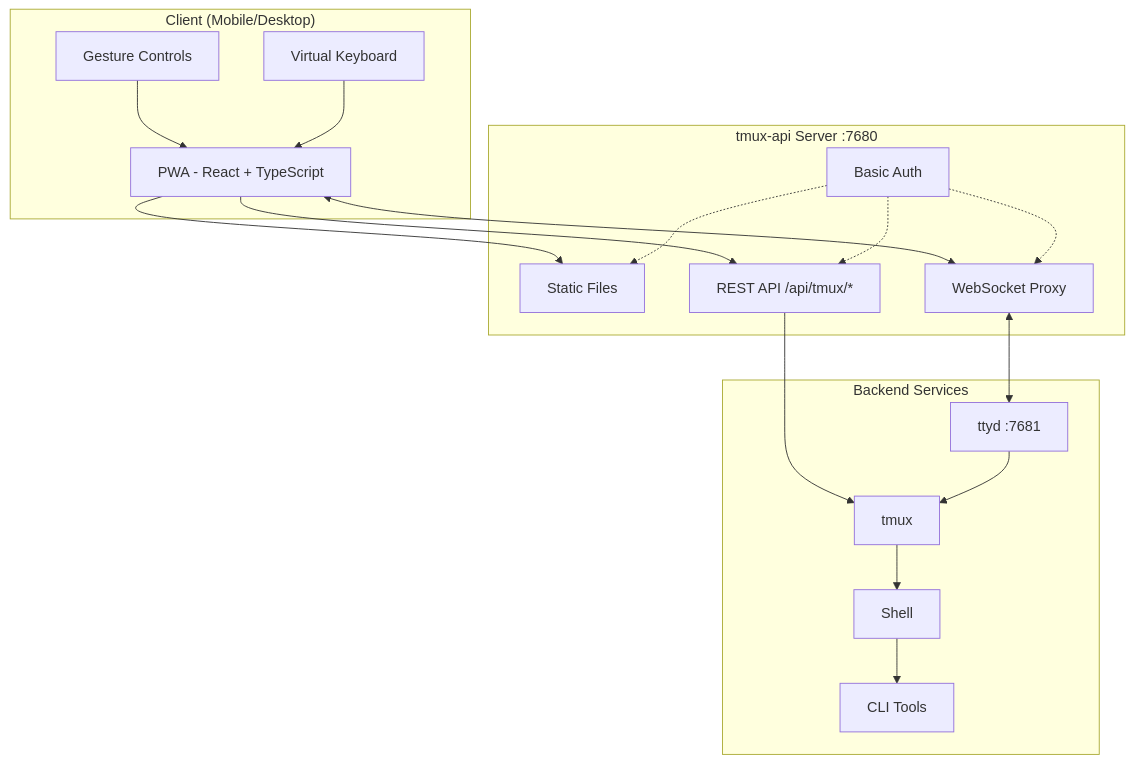
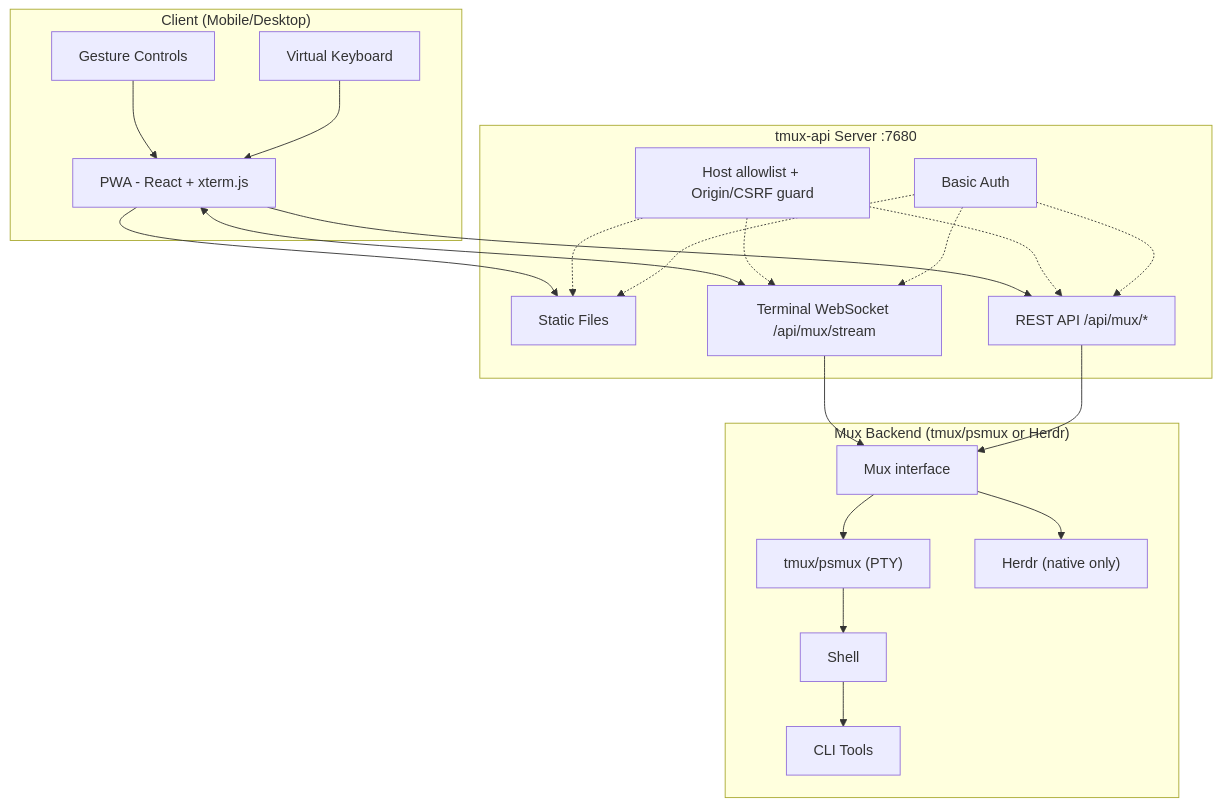
Before and after one commit to lamngockhuong/termote: the first of 2 diagrams in README.md, drawn with Mermaid. The commit also changed other lines of this file and 19 other files, not shown here.

First line of the commit message:
docs: document 1.0 (xterm stream, Herdr, Go CLI, request guards, upgrade notes)

````diff
--- a/README.md
+++ b/README.md
@@ -58,32 +59,36 @@
 ```mermaid
 flowchart TB
     subgraph Client["Client (Mobile/Desktop)"]
-        PWA["PWA - React + TypeScript"]
+        PWA["PWA - React + xterm.js"]
         Gestures["Gesture Controls"]
         Keyboard["Virtual Keyboard"]
     end
 
     subgraph Server["tmux-api Server :7680"]
         Static["Static Files"]
-        Proxy["WebSocket Proxy"]
-        API["REST API /api/tmux/*"]
+        Stream["Terminal WebSocket /api/mux/stream"]
+        API["REST API /api/mux/*"]
+        Guard["Host allowlist + Origin/CSRF guard"]
         Auth["Basic Auth"]
     end
 
-    subgraph Backend["Backend Services"]
-        ttyd["ttyd :7681"]
-        tmux["tmux"]
+    subgraph Backend["Mux Backend (tmux/psmux or Herdr)"]
+        Mux["Mux interface"]
+        tmux["tmux/psmux (PTY)"]
+        herdr["Herdr (native only)"]
         Shell["Shell"]
         Tools["CLI Tools"]
     end
 
     Gestures --> PWA
     Keyboard --> PWA
     PWA --> Static
-    PWA <--> Proxy
+    PWA <--> Stream
     PWA --> API
-    Auth -.-> Static & Proxy & API
-    Proxy <--> ttyd
-    API --> tmux
-    ttyd --> tmux --> Shell --> Tools
+    Guard -.-> Static & Stream & API
+    Auth -.-> Static & Stream & API
+    Stream --> Mux
+    API --> Mux
+    Mux --> tmux & herdr
+    tmux --> Shell --> Tools
 ```
````
